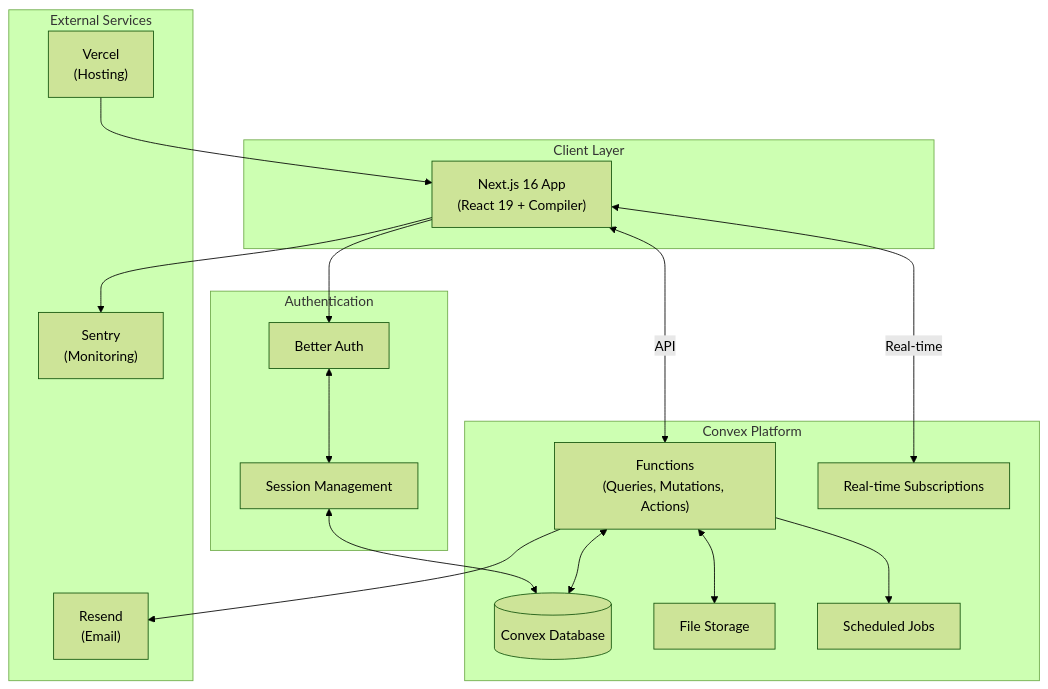
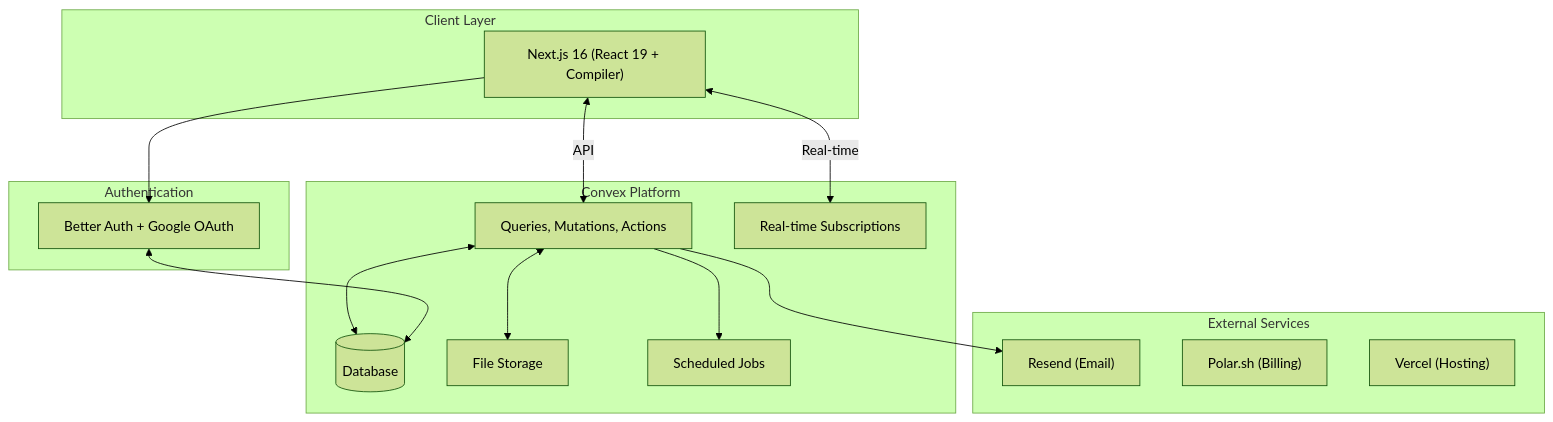
The diagram in docs/prd/system-architecture.md (UnderprotectionDev/salon-management-saas), drawn with Mermaid (forest theme) before and after one commit. The commit also changed other lines of this file and 63 other files, not shown here.

````diff
--- a/docs/prd/system-architecture.md
+++ b/docs/prd/system-architecture.md
@@ -32,37 +5,29 @@
 ```mermaid
 flowchart TB
     subgraph Client["Client Layer"]
-        NextJS["Next.js 16 App<br/>(React 19 + Compiler)"]
+        NextJS["Next.js 16 (React 19 + Compiler)"]
     end
-
     subgraph Convex["Convex Platform"]
-        Functions["Functions<br/>(Queries, Mutations, Actions)"]
-        Database[(Convex Database)]
+        Functions["Queries, Mutations, Actions"]
+        Database[(Database)]
         Realtime["Real-time Subscriptions"]
         Storage["File Storage"]
         Scheduler["Scheduled Jobs"]
     end
-
     subgraph Auth["Authentication"]
-        BetterAuth["Better Auth"]
-        Sessions["Session Management"]
+        BetterAuth["Better Auth + Google OAuth"]
     end
-
     subgraph External["External Services"]
-        Resend["Resend<br/>(Email)"]
-        Sentry["Sentry<br/>(Monitoring)"]
-        Vercel["Vercel<br/>(Hosting)"]
+        Resend["Resend (Email)"]
+        Polar["Polar.sh (Billing)"]
+        Vercel["Vercel (Hosting)"]
     end
-
     NextJS <-->|Real-time| Realtime
     NextJS <-->|API| Functions
     Functions <--> Database
     Functions <--> Storage
     Functions --> Scheduler
     Functions --> Resend
     NextJS --> BetterAuth
-    BetterAuth <--> Sessions
-    Sessions <--> Database
-    NextJS --> Sentry
-    Vercel --> NextJS
+    BetterAuth <--> Database
 ```
````
